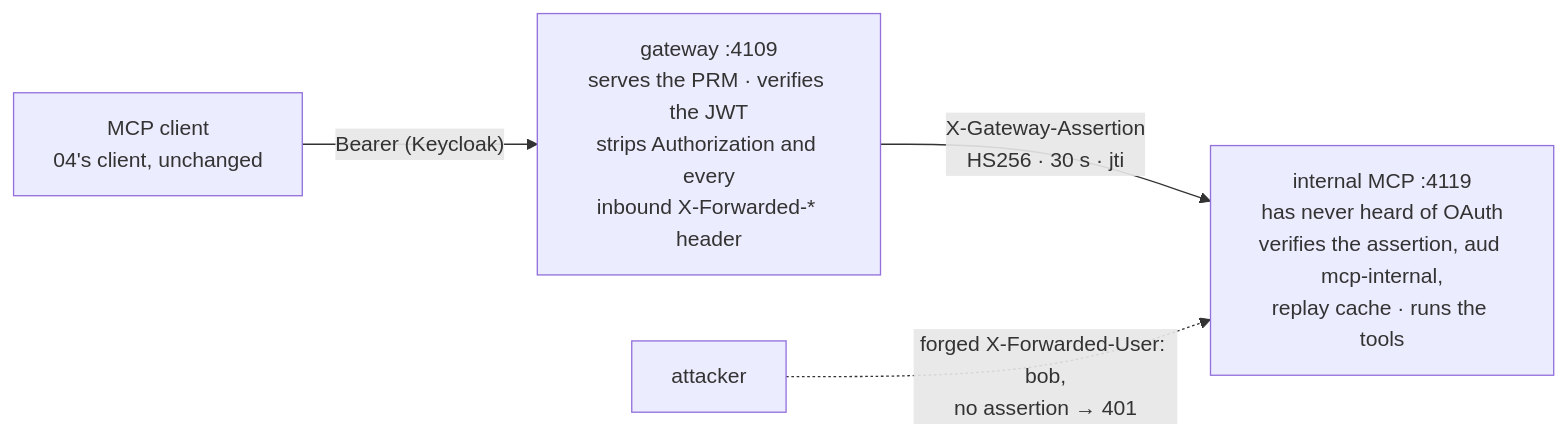
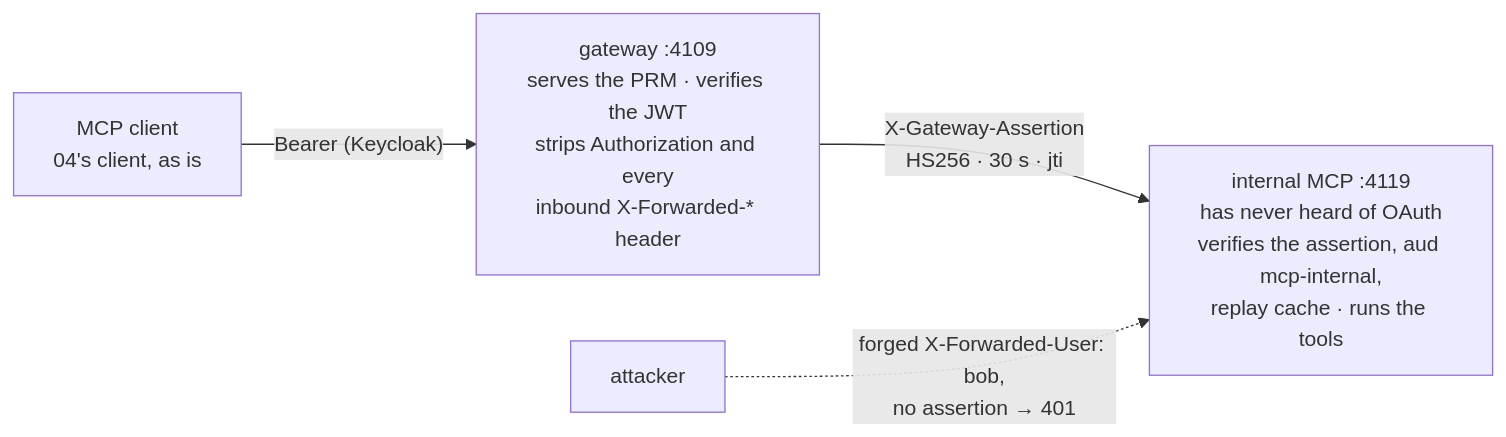
One commit to c0de-ch/mcp-auth-demo changed the seventh of 8 diagrams in docs/course.md. Above: the diagram before and after it, drawn with Mermaid. The commit also changed other lines of this file and 11 other files, not shown here.

````diff
--- a/docs/course.md
+++ b/docs/course.md
@@ -1421,10 +1421,10 @@
 ```mermaid
 flowchart LR
-    C["MCP client<br/>04's client, unchanged"]
+    C["MCP client<br/>04's client, as is"]
     G["gateway :4109<br/>serves the PRM · verifies the JWT<br/>strips Authorization and every<br/>inbound X-Forwarded-* header"]
     I["internal MCP :4119<br/>has never heard of OAuth<br/>verifies the assertion, aud mcp-internal,<br/>replay cache · runs the tools"]
     A["attacker"]
     C -- "Bearer (Keycloak)" --> G
     G -- "X-Gateway-Assertion<br/>HS256 · 30 s · jti" --> I
     A -. "forged X-Forwarded-User: bob,<br/>no assertion → 401" .-> I
 ```
````
